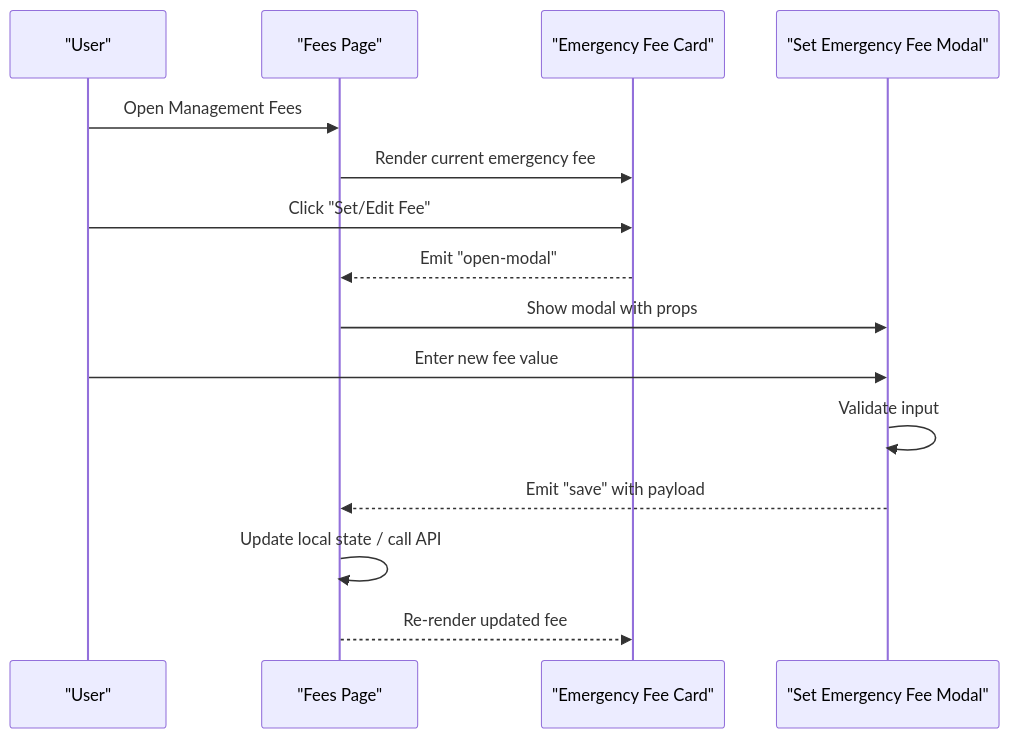
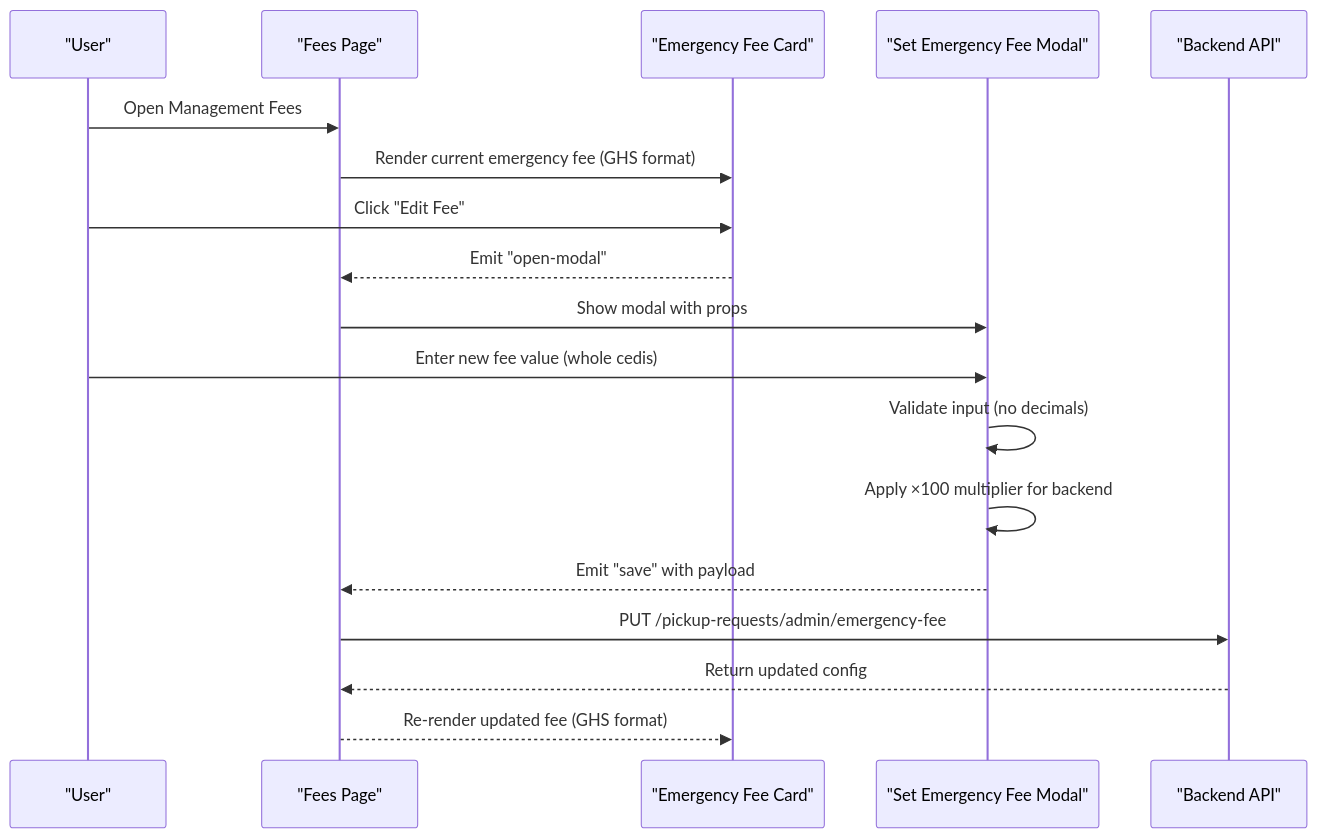
One commit to Lazynerd-Studios/lacarte-atlas-console changed the second of 7 diagrams in .qoder/repowiki/en/content/Business Modules/Emergency Fee Management.md. Above: the diagram before and after it, drawn with Mermaid. The commit also changed other lines of this file and 3 other files, not shown here.

````diff
--- a/.qoder/repowiki/en/content/Business Modules/Emergency Fee Management.md
+++ b/.qoder/repowiki/en/content/Business Modules/Emergency Fee Management.md
@@ -70,17 +88,20 @@
 ```mermaid
 sequenceDiagram
 participant User as "User"
 participant Page as "Fees Page"
 participant Card as "Emergency Fee Card"
 participant Modal as "Set Emergency Fee Modal"
+participant Backend as "Backend API"
 User->>Page : Open Management Fees
-Page->>Card : Render current emergency fee
-User->>Card : Click "Set/Edit Fee"
+Page->>Card : Render current emergency fee (GHS format)
+User->>Card : Click "Edit Fee"
 Card-->>Page : Emit "open-modal"
 Page->>Modal : Show modal with props
-User->>Modal : Enter new fee value
-Modal->>Modal : Validate input
+User->>Modal : Enter new fee value (whole cedis)
+Modal->>Modal : Validate input (no decimals)
+Modal->>Modal : Apply ×100 multiplier for backend
 Modal-->>Page : Emit "save" with payload
-Page->>Page : Update local state / call API
-Page-->>Card : Re-render updated fee
+Page->>Backend : PUT /pickup-requests/admin/emergency-fee
+Backend-->>Page : Return updated config
+Page-->>Card : Re-render updated fee (GHS format)
 ```
````
